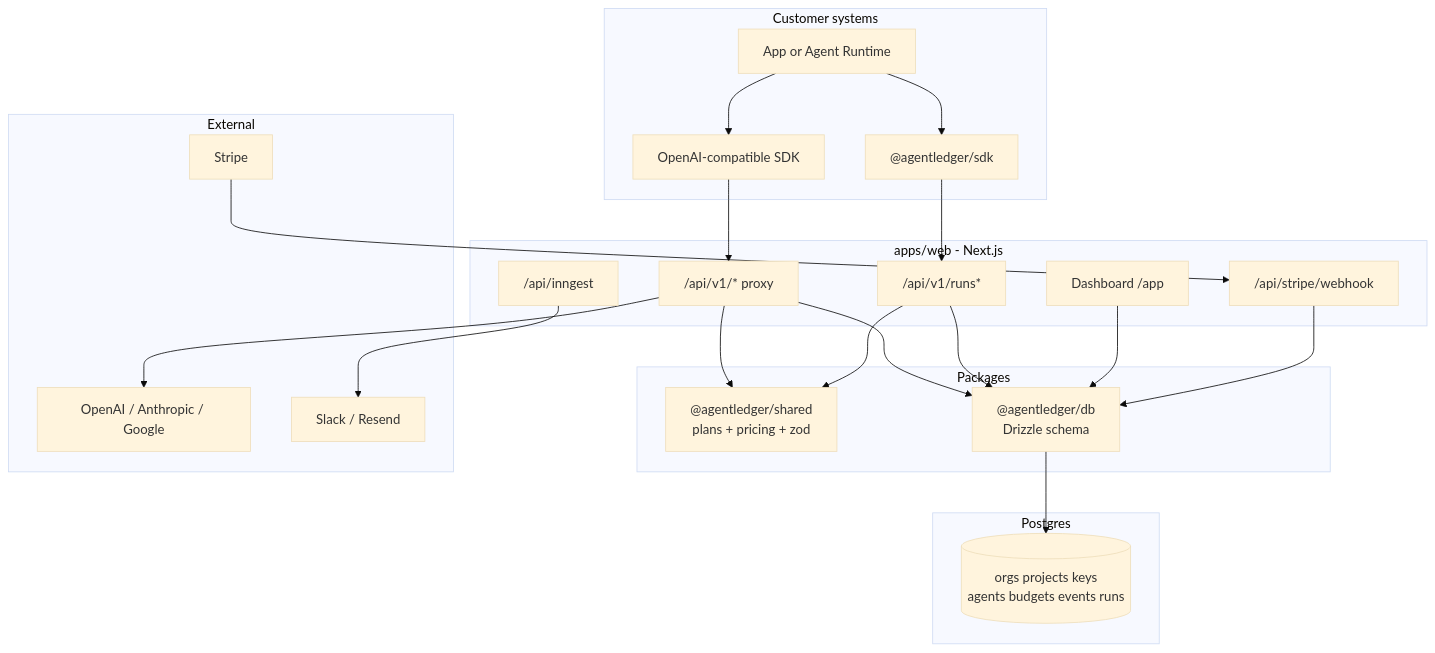
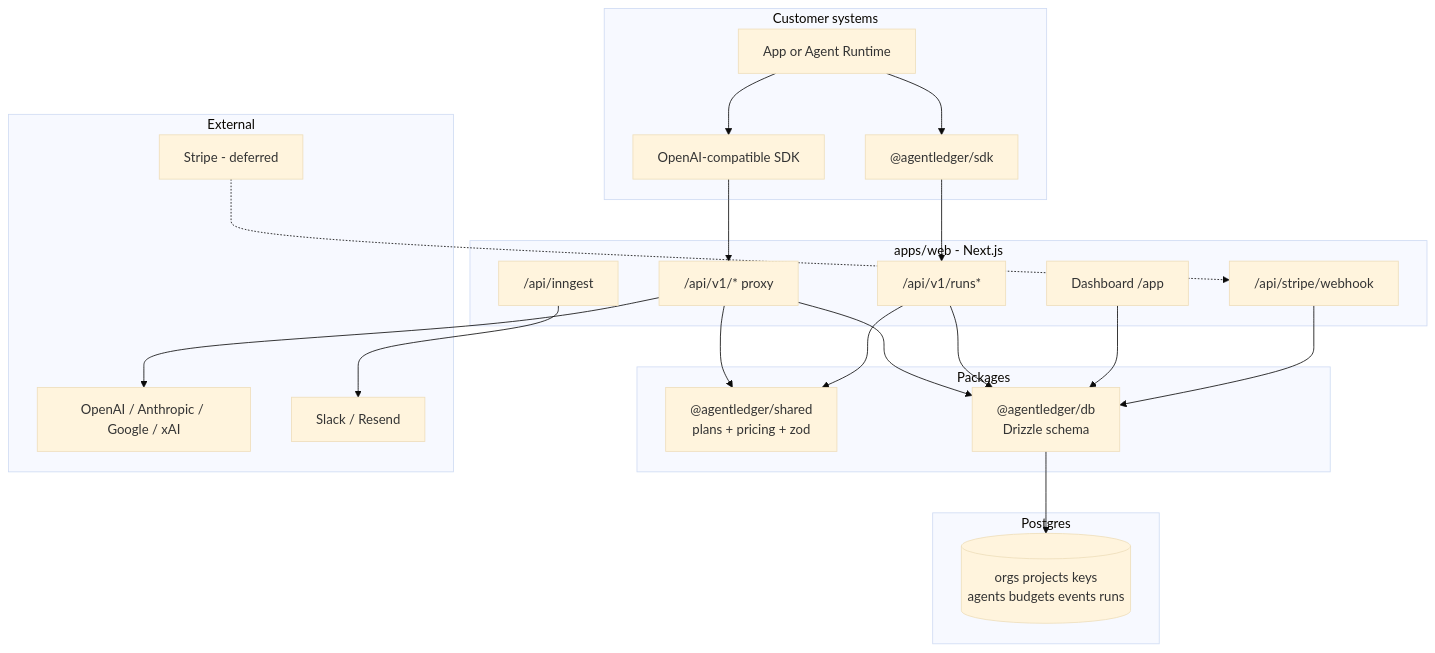
Before and after one commit to a-n-oss/AgentLedger: the first of 4 diagrams in README.md, drawn with Mermaid (base theme). The commit also changed other lines of this file and 15 other files, not shown here.

````diff
--- a/README.md
+++ b/README.md
@@ -83,44 +92,44 @@
 ```mermaid
 flowchart TB
   subgraph clients [Customer systems]
     App[App or Agent Runtime]
     OpenAISDK[OpenAI-compatible SDK]
     ALSDK["@agentledger/sdk"]
   end
 
   subgraph web [apps/web - Next.js]
     UI[Dashboard /app]
     Proxy["/api/v1/* proxy"]
     RunsAPI["/api/v1/runs*"]
     StripeWH["/api/stripe/webhook"]
     InngestAPI["/api/inngest"]
   end
 
   subgraph pkgs [Packages]
     Shared["@agentledger/shared\nplans + pricing + zod"]
     DB["@agentledger/db\nDrizzle schema"]
   end
 
   subgraph data [Postgres]
     Tables[(orgs projects keys\nagents budgets events runs)]
   end
 
   subgraph external [External]
-    Providers[OpenAI / Anthropic / Google]
-    Stripe[Stripe]
+    Providers[OpenAI / Anthropic / Google / xAI]
+    Stripe[Stripe - deferred]
     Slack[Slack / Resend]
   end
 
   App --> OpenAISDK --> Proxy
   App --> ALSDK --> RunsAPI
   Proxy --> Providers
   Proxy --> DB
   RunsAPI --> DB
   UI --> DB
   StripeWH --> DB
   Proxy --> Shared
   RunsAPI --> Shared
   DB --> Tables
-  Stripe --> StripeWH
+  Stripe -.-> StripeWH
   InngestAPI --> Slack
 ```
````
